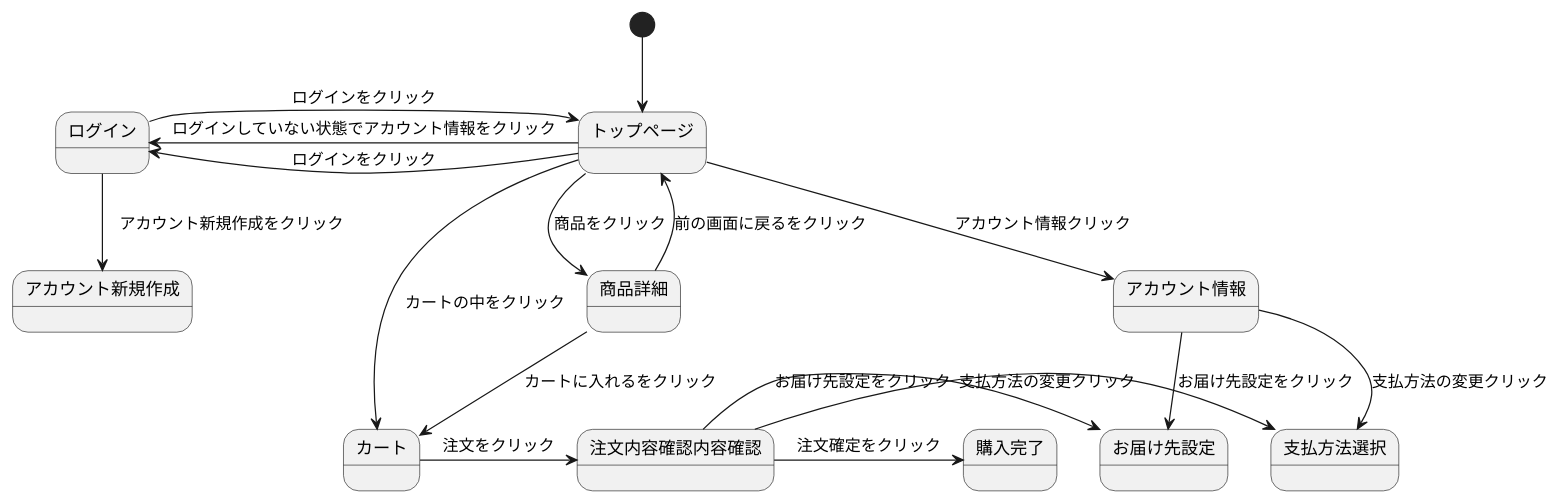
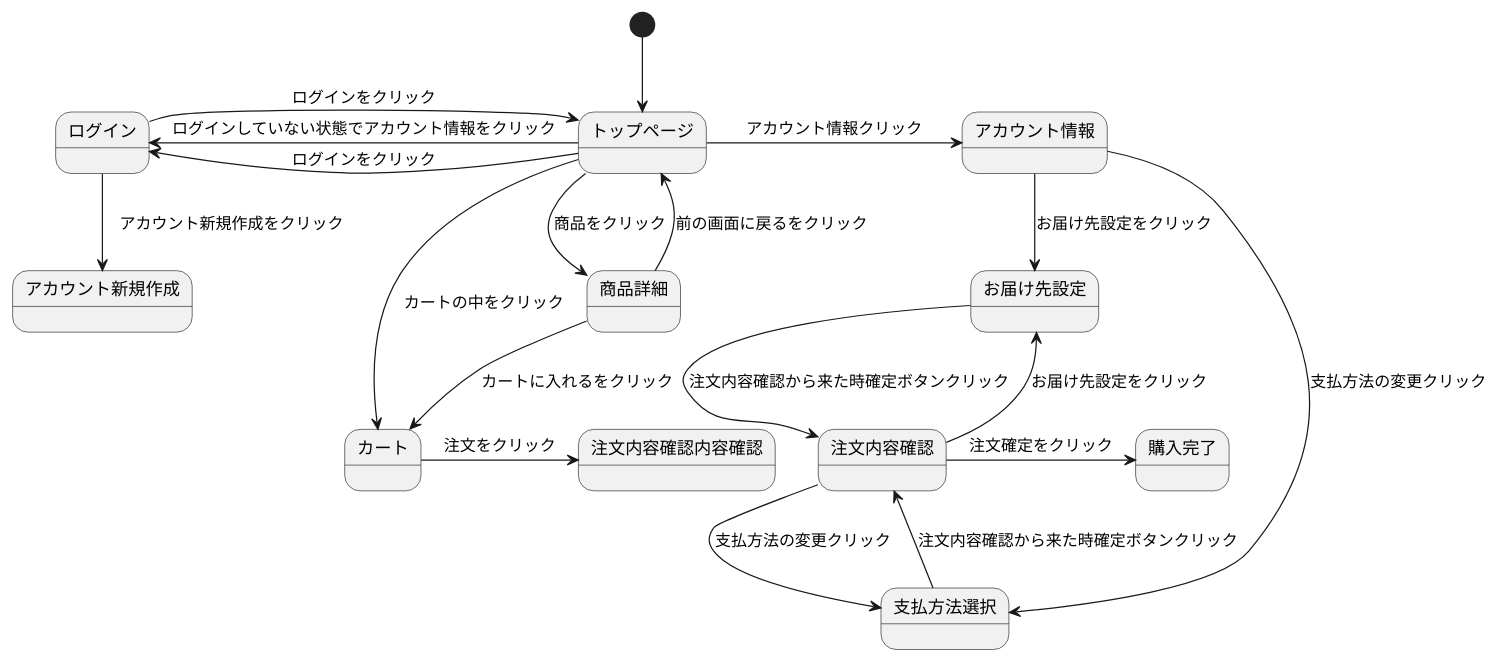
Before and after one commit to Aso2001133/2021sys-design: the diagram in sumple_01.md, drawn with PlantUML.

````diff
--- a/sumple_01.md
+++ b/sumple_01.md
@@ -1,35 +1,39 @@
 ```uml
 @startuml
 [*] --> トップページ 
 
 トップページ -> アカウント情報 : アカウント情報クリック 
 
 トップページ -left-> ログイン : ログインをクリック
 
 トップページ -left-> ログイン : ログインしていない状態でアカウント情報をクリック
 
 トップページ --> 商品詳細 : 商品をクリック 
 
-トップページ --> カート : カートの中をクリック 
+トップページ ---> カート : カートの中をクリック 
 
 ログイン -> トップページ : ログインをクリック
 
 ログイン --> アカウント新規作成 :　アカウント新規作成をクリック
 
 アカウント情報 --> お届け先設定 : お届け先設定をクリック 
 
 アカウント情報 --> 支払方法選択 : 支払方法の変更クリック
 
+お届け先設定 --> 注文内容確認  : 注文内容確認から来た時確定ボタンクリック
+
+支払方法選択 --> 注文内容確認  : 注文内容確認から来た時確定ボタンクリック
+
 商品詳細 --> カート : カートに入れるをクリック 
 
 商品詳細 --> トップページ : 前の画面に戻るをクリック 
 
 カート -> 注文内容確認内容確認 : 注文をクリック 
 
-注文内容確認内容確認 -> お届け先設定 : お届け先設定をクリック 
+注文内容確認 -> お届け先設定 : お届け先設定をクリック 
 
-注文内容確認内容確認 -> 支払方法選択 : 支払方法の変更クリック
+注文内容確認 -> 支払方法選択 : 支払方法の変更クリック
 
-注文内容確認内容確認 -> 購入完了 : 注文確定をクリック 
+注文内容確認 -> 購入完了 : 注文確定をクリック 
 @enduml
 ```
````
